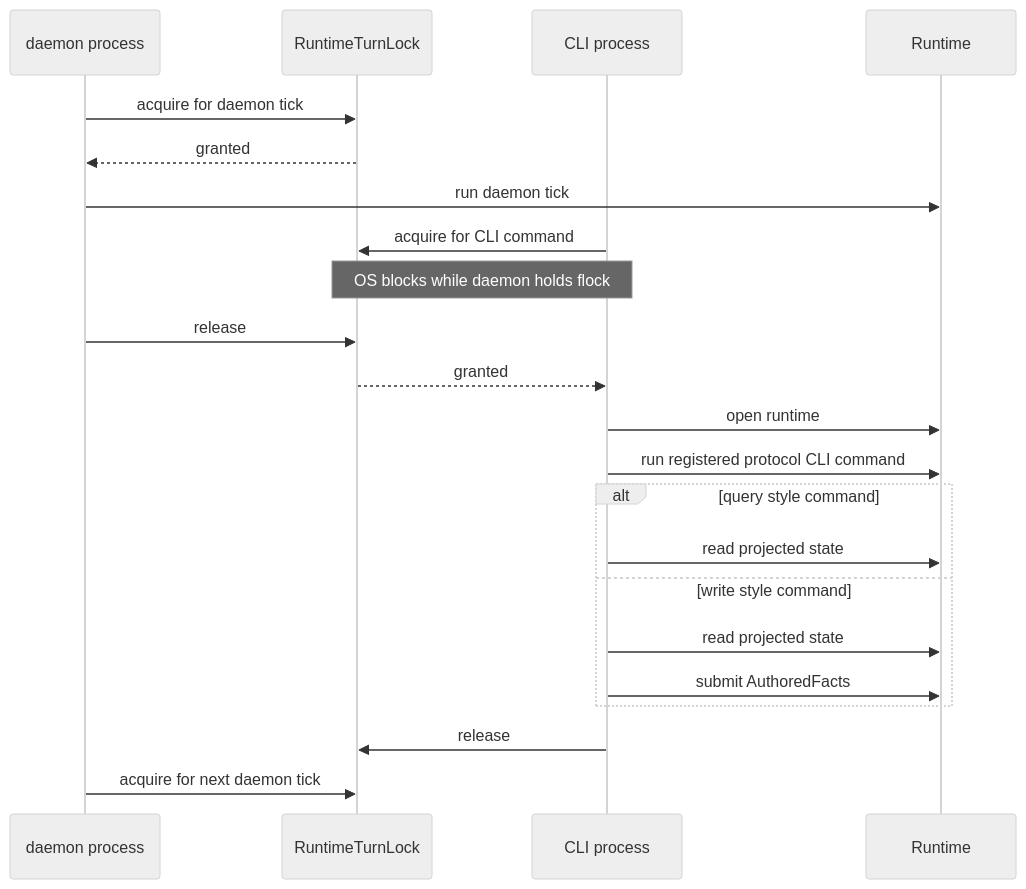
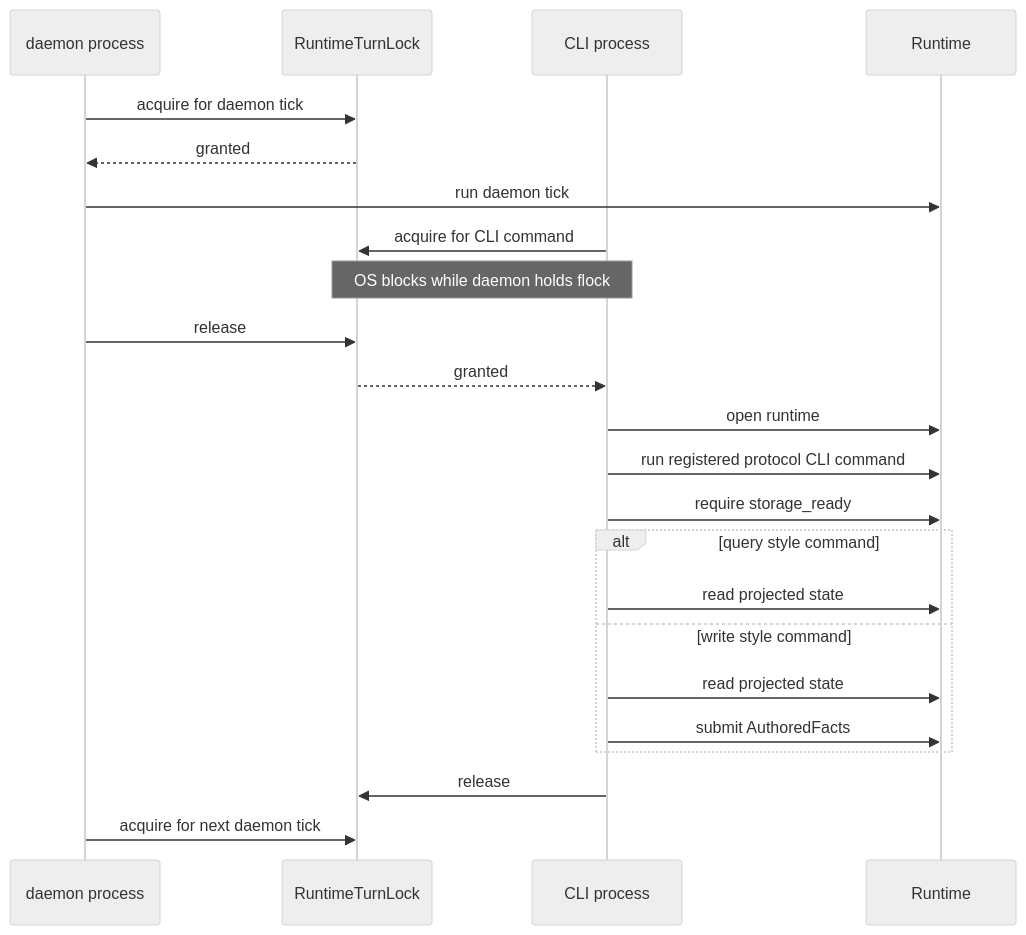
The fourth of 5 diagrams in ARCHITECTURE_DIAGRAMS_ALT.md (holmesworcester/poc-10), drawn with Mermaid (neutral theme) before and after one commit. The commit also changed other lines of this file and 1 other file, not shown here.

Commit message:
Update architecture diagrams for simplified runtime queues

````diff
--- a/ARCHITECTURE_DIAGRAMS_ALT.md
+++ b/ARCHITECTURE_DIAGRAMS_ALT.md
@@ -110,25 +133,26 @@
 ```mermaid
 sequenceDiagram
     participant D as daemon process
     participant L as RuntimeTurnLock
     participant C as CLI process
     participant R as Runtime
 
     D->>L: acquire for daemon tick
     L-->>D: granted
     D->>R: run daemon tick
     C->>L: acquire for CLI command
     Note over C,L: OS blocks while daemon holds flock
     D->>L: release
     L-->>C: granted
     C->>R: open runtime
     C->>R: run registered protocol CLI command
+    C->>R: require storage_ready
     alt query style command
         C->>R: read projected state
     else write style command
         C->>R: read projected state
         C->>R: submit AuthoredFacts
     end
     C->>L: release
     D->>L: acquire for next daemon tick
 ```
````
